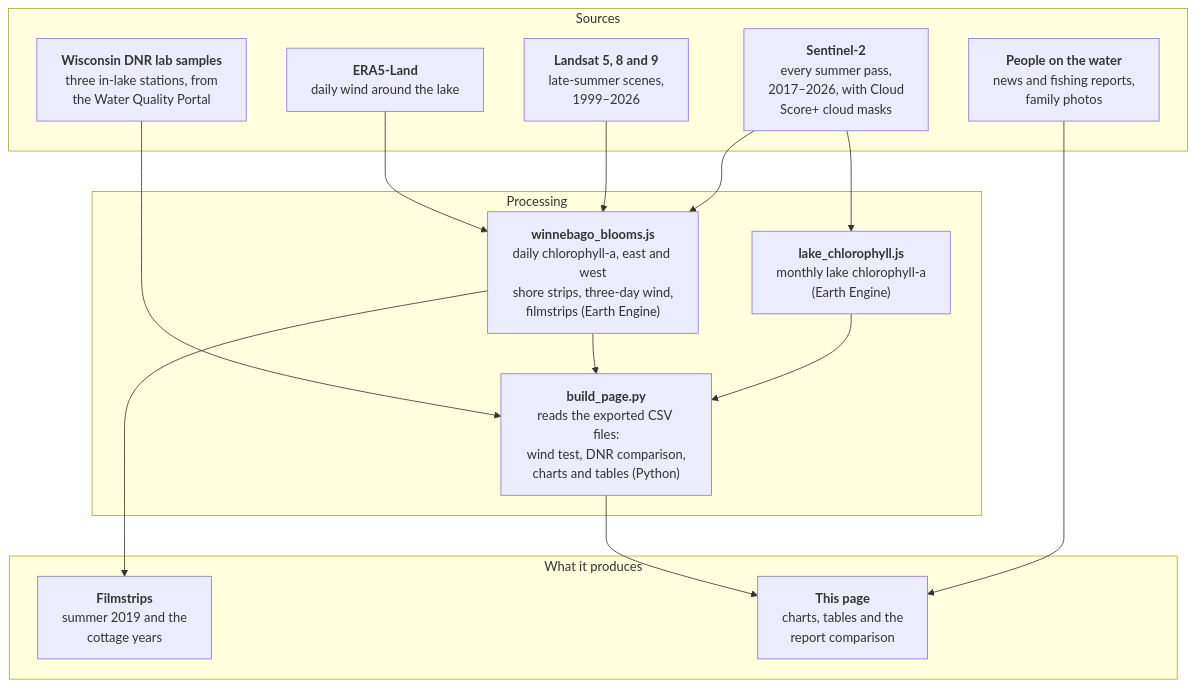
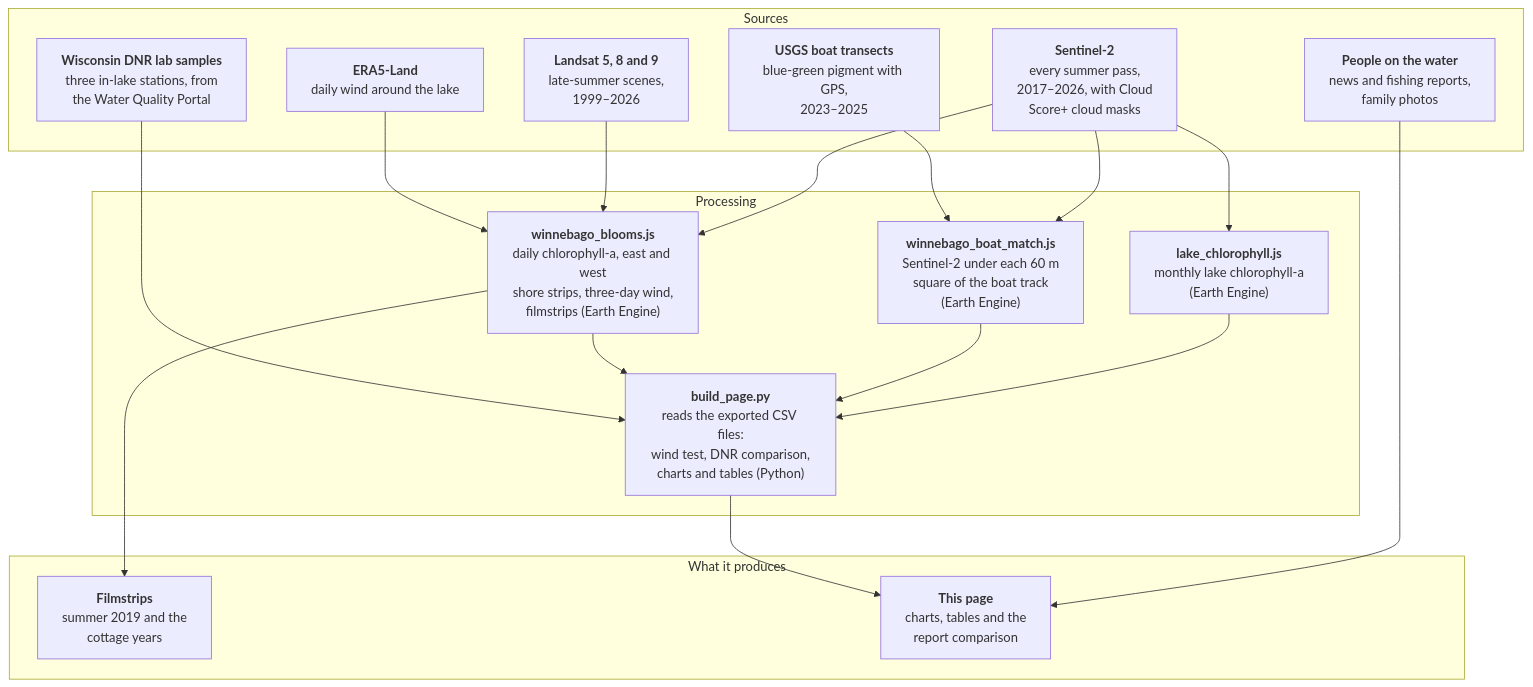
The diagram in projects/lake-winnebago-blooms/data_flow.mmd (krauskajames/krauskajames.github.io), drawn with Mermaid before and after one commit. The commit also changed 4 other files, not shown here.

First line of the commit message:
Lake Winnebago draft page: add the USGS boat comparison; revise limits and next steps to match

```diff
--- a/projects/lake-winnebago-blooms/data_flow.mmd
+++ b/projects/lake-winnebago-blooms/data_flow.mmd
@@ -1,28 +1,33 @@
 %% Data flow for this project page. Rendered and placed on the page by projects/build_flow.py (Mermaid, mermaid-cli).
 flowchart TB
   subgraph S["Sources"]
     S2["<b>Sentinel-2</b><br/>every summer pass,<br/>2017–2026, with Cloud<br/>Score+ cloud masks"]
     LS["<b>Landsat 5, 8 and 9</b><br/>late-summer scenes,<br/>1999–2026"]
     ERA["<b>ERA5-Land</b><br/>daily wind around the lake"]
     DNR["<b>Wisconsin DNR lab samples</b><br/>three in-lake stations, from<br/>the Water Quality Portal"]
+    USGS["<b>USGS boat transects</b><br/>blue-green pigment with GPS,<br/>2023–2025"]
     PEOPLE["<b>People on the water</b><br/>news and fishing reports,<br/>family photos"]
   end
   subgraph P["Processing"]
     MON["<b>lake_chlorophyll.js</b><br/>monthly lake chlorophyll-a<br/>(Earth Engine)"]
     DAY["<b>winnebago_blooms.js</b><br/>daily chlorophyll-a, east and west<br/>shore strips, three-day wind,<br/>filmstrips (Earth Engine)"]
     PY["<b>build_page.py</b><br/>reads the exported CSV files:<br/>wind test, DNR comparison,<br/>charts and tables (Python)"]
+    BOAT["<b>winnebago_boat_match.js</b><br/>Sentinel-2 under each 60 m<br/>square of the boat track<br/>(Earth Engine)"]
     MON --> PY
+    BOAT --> PY
     DAY --> PY
   end
   subgraph O["What it produces"]
     FILM["<b>Filmstrips</b><br/>summer 2019 and the<br/>cottage years"]
     PAGE["<b>This page</b><br/>charts, tables and the<br/>report comparison"]
   end
   S2 --> MON
   S2 --> DAY
   LS --> DAY
+  S2 --> BOAT
+  USGS --> BOAT
   ERA --> DAY
   DNR --> PY
   PEOPLE --> PAGE
   DAY --> FILM
   PY --> PAGE
```
